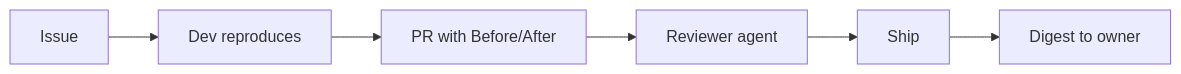
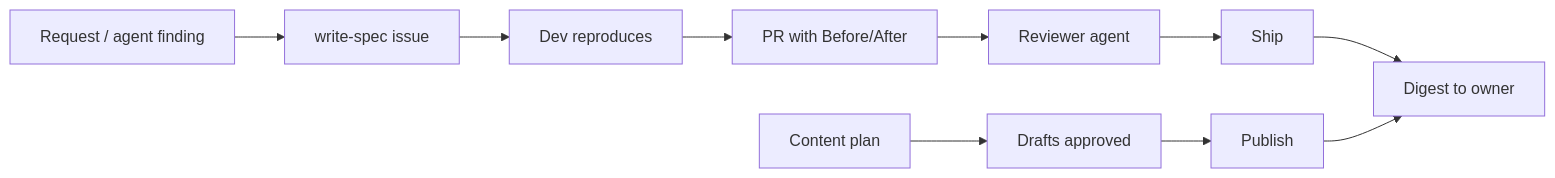
One commit to gregszero/super-ship-club changed the diagram in README.md. Above: the diagram before and after it, drawn with Mermaid. The commit also changed other lines of this file and 3 other files, not shown here.

Commit message:
Add write-spec and content-creation skills; update README flow

````diff
--- a/README.md
+++ b/README.md
@@ -5,8 +5,11 @@
 ```mermaid
 flowchart LR
-  A[Issue] --> B[Dev reproduces]
+  R[Request / agent finding] --> A[write-spec issue]
+  A --> B[Dev reproduces]
   B --> C[PR with Before/After]
   C --> D[Reviewer agent]
   D --> E[Ship]
   E --> F[Digest to owner]
+  P[Content plan] --> Q[Drafts approved] --> S[Publish]
+  S --> F
 ```
````
